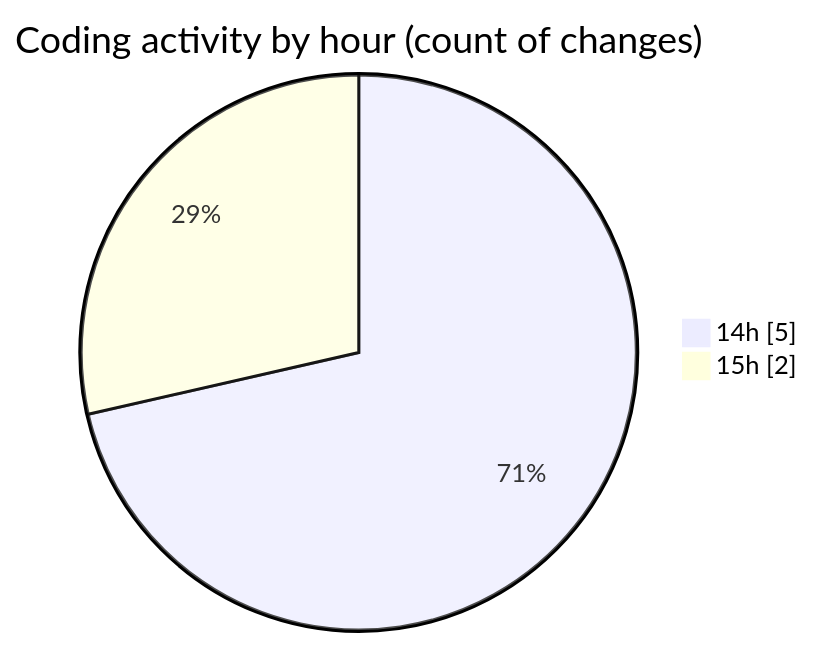
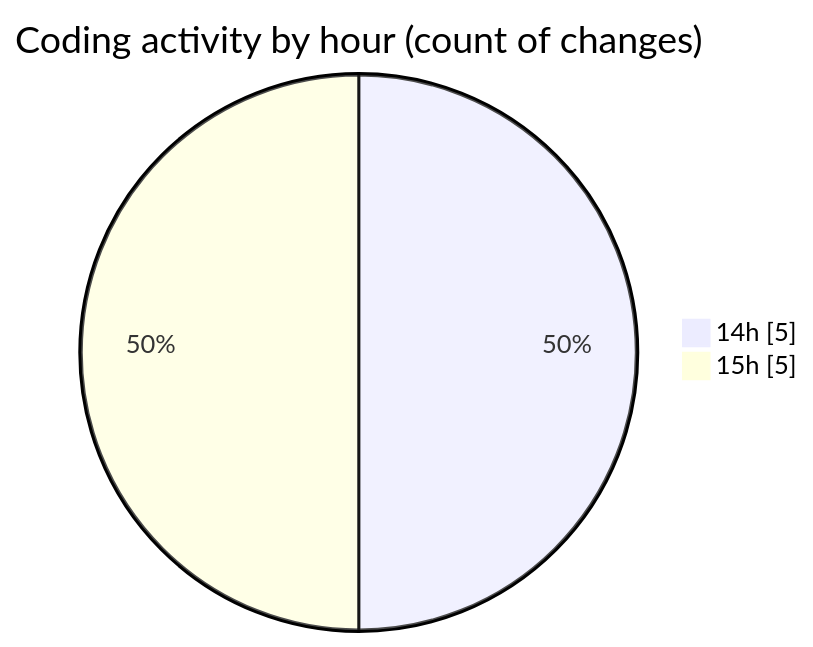
Before and after one commit to idhammustaqopulfikri/code-tracking: the second of 2 diagrams in 2025-10-13/mencoba/README.md, drawn with Mermaid. The commit also changed other lines of this file and 1 other file, not shown here.

````diff
--- a/2025-10-13/mencoba/README.md
+++ b/2025-10-13/mencoba/README.md
@@ -30,6 +30,6 @@
 ```mermaid
 pie showData
 title Coding activity by hour (count of changes)
 "14h" : 5
-"15h" : 2
+"15h" : 5
 ```
````
